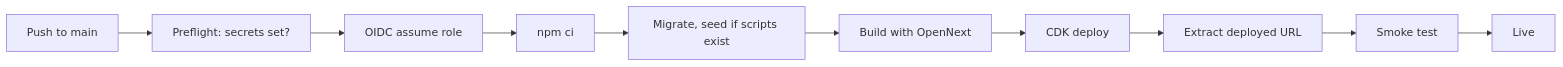
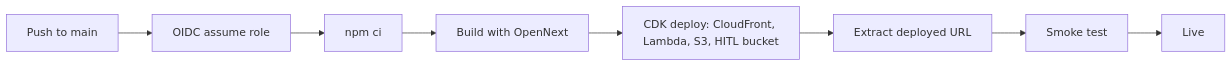
Before and after one commit to elleskay/ai-tax-assistant-platform: the sixth of 8 diagrams in README.md, drawn with Mermaid. The commit also changed other lines of this file and 19 other files, not shown here.

````diff
--- a/README.md
+++ b/README.md
@@ -127,12 +244,10 @@
 ```mermaid
 flowchart LR
-  A[Push to main] --> B[Preflight: secrets set?]
-  B --> C[OIDC assume role]
-  C --> D[npm ci]
-  D --> E[Migrate, seed if scripts exist]
-  E --> F[Build with OpenNext]
-  F --> G[CDK deploy]
-  G --> H[Extract deployed URL]
-  H --> I[Smoke test]
-  I --> J[Live]
+  A[Push to main] --> B[OIDC assume role]
+  B --> C[npm ci]
+  C --> D[Build with OpenNext]
+  D --> E[CDK deploy: CloudFront, Lambda, S3, HITL bucket]
+  E --> F[Extract deployed URL]
+  F --> G[Smoke test]
+  G --> H[Live]
 ```
````
